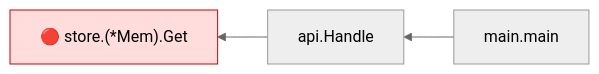
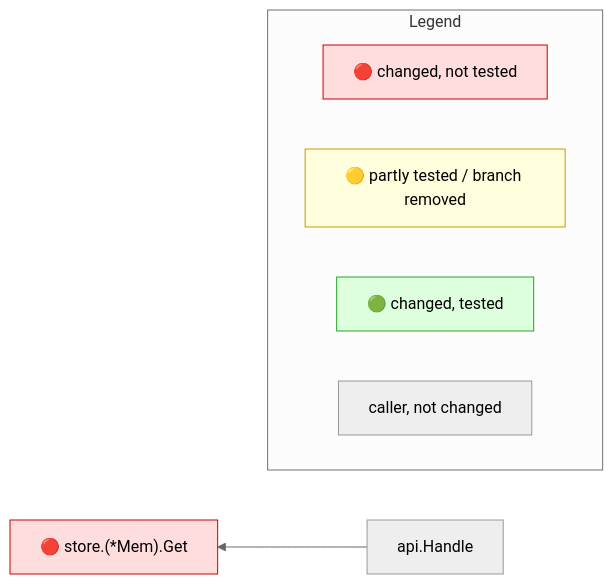
The diagram in testdata/e2e/interface_call/expected.golden.md (Kevinbarrero/mr-impact), drawn with Mermaid (neutral theme) before and after one commit. The commit also changed other lines of this file and 65 other files, not shown here.

````diff
--- a/testdata/e2e/interface_call/expected.golden.md
+++ b/testdata/e2e/interface_call/expected.golden.md
@@ -9,9 +11,16 @@
 ```mermaid
-graph RL
+flowchart RL
   n0["🔴 store.(*Mem).Get"]:::red
   n1["api.Handle"]
-  n2["main.main"]
   n1 --> n0
-  n2 --> n1
+  subgraph legend ["Legend"]
+    direction LR
+    lr["🔴 changed, not tested"]:::red
+    ly["🟡 partly tested / branch removed"]:::yellow
+    lg["🟢 changed, tested"]:::green
+    lc["caller, not changed"]
+  end
   classDef red fill:#fdd,stroke:#c00
+  classDef yellow fill:#ffd,stroke:#c90
+  classDef green fill:#dfd,stroke:#2a2
 ```
````
